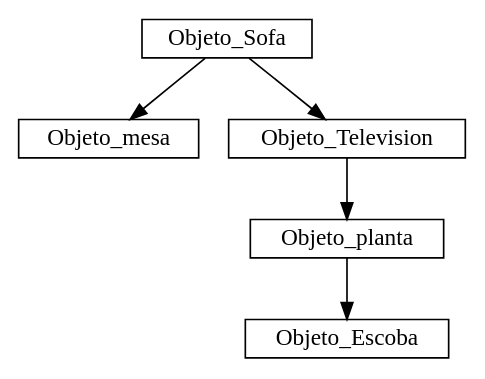
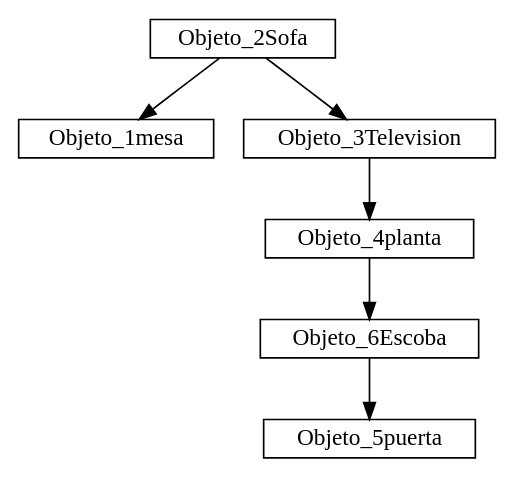
The diagram in build-EDD_Proyecto_1-Desktop_Qt_5_15_0_GCC_64bit-Debug/BinarioGrafica.gv (olgt/Laboratorio_EDD_201612341), drawn with Graphviz before and after one commit. The commit also changed 65 other files, not shown here.

```diff
--- a/build-EDD_Proyecto_1-Desktop_Qt_5_15_0_GCC_64bit-Debug/BinarioGrafica.gv
+++ b/build-EDD_Proyecto_1-Desktop_Qt_5_15_0_GCC_64bit-Debug/BinarioGrafica.gv
@@ -1,8 +1,9 @@
 digraph G {
 rankdir = TB; 
 node [shape=record, width=.1, height=.1]; 
-Objeto_Sofa->Objeto_mesa; 
-Objeto_Sofa->Objeto_Television; 
-Objeto_Television->Objeto_planta; 
-Objeto_planta->Objeto_Escoba; 
+Objeto_2Sofa->Objeto_1mesa; 
+Objeto_2Sofa->Objeto_3Television; 
+Objeto_3Television->Objeto_4planta; 
+Objeto_4planta->Objeto_6Escoba; 
+Objeto_6Escoba->Objeto_5puerta; 
 }
```
